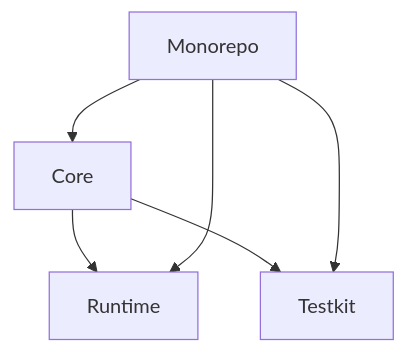
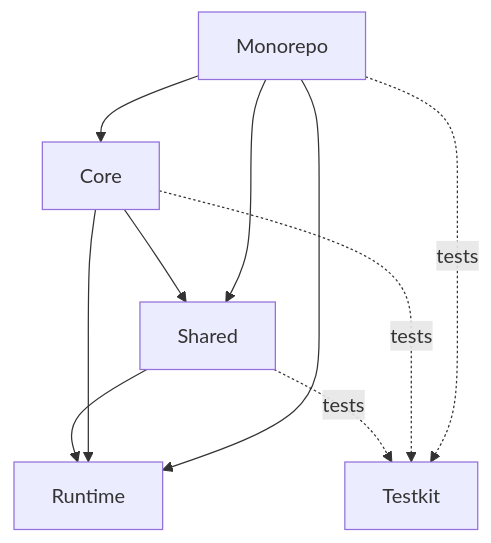
Before and after one commit to scalauser12/sbt-release-io: the first of 3 diagrams in docs/ARCHITECTURE.md, drawn with Mermaid. The commit also changed other lines of this file and 188 other files, not shown here.

````diff
--- a/docs/ARCHITECTURE.md
+++ b/docs/ARCHITECTURE.md
@@ -18,12 +21,17 @@
 ```mermaid
 flowchart TB
   testkit[Testkit]
   runtime[Runtime]
+  shared[Shared]
   core[Core]
   monorepo[Monorepo]
+  shared --> runtime
+  core --> shared
   core --> runtime
   monorepo --> core
+  monorepo --> shared
   monorepo --> runtime
-  core --> testkit
-  monorepo --> testkit
+  shared -. tests .-> testkit
+  core -. tests .-> testkit
+  monorepo -. tests .-> testkit
 ```
````
